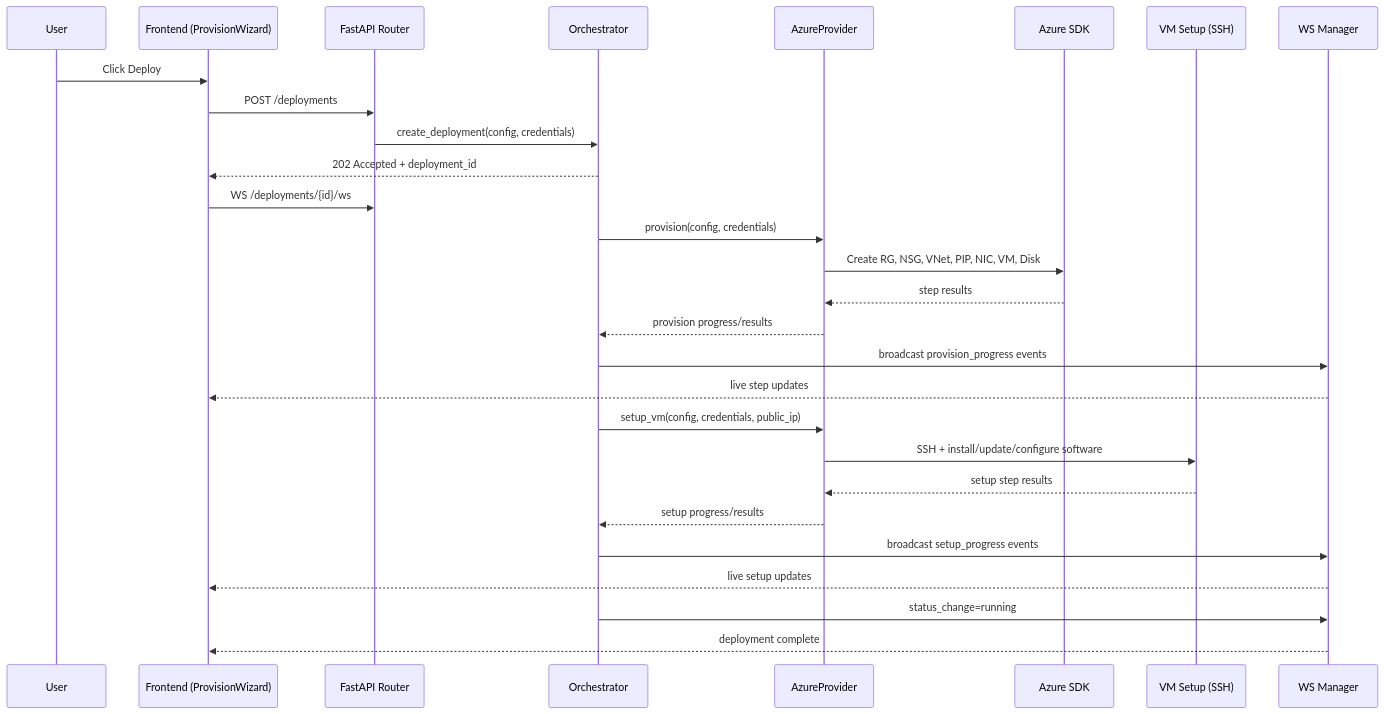
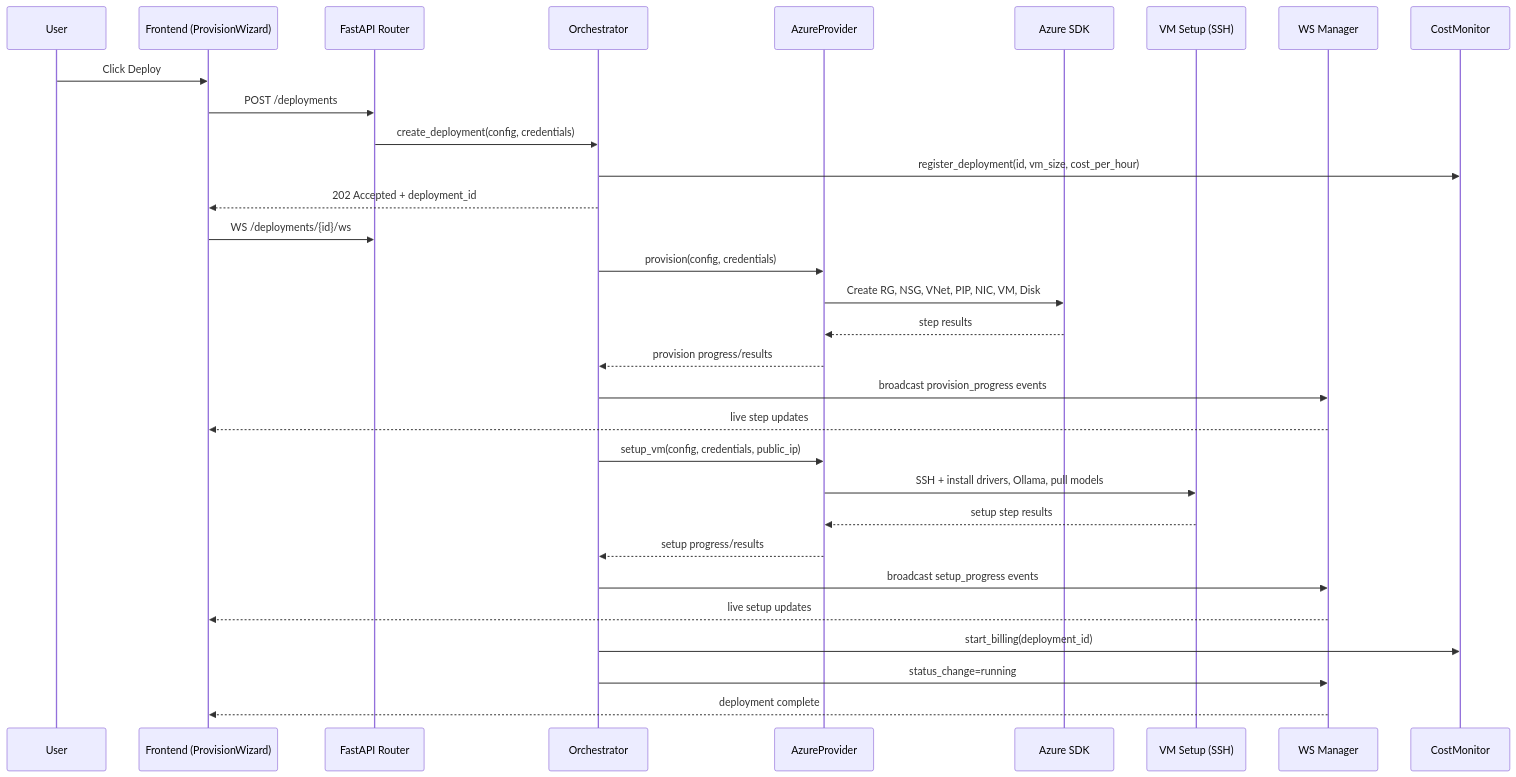
The second of 2 diagrams in technical_explainer.md (Private-AI/PrivateAI), drawn with Mermaid before and after one commit. The commit also changed other lines of this file and 1 other file, not shown here.

````diff
--- a/technical_explainer.md
+++ b/technical_explainer.md
@@ -121,34 +144,37 @@
 ```mermaid
 sequenceDiagram
     participant U as User
     participant F as Frontend (ProvisionWizard)
     participant R as FastAPI Router
     participant O as Orchestrator
     participant P as AzureProvider
     participant A as Azure SDK
     participant S as VM Setup (SSH)
     participant W as WS Manager
+    participant C as CostMonitor
 
     U->>F: Click Deploy
     F->>R: POST /deployments
     R->>O: create_deployment(config, credentials)
+    O->>C: register_deployment(id, vm_size, cost_per_hour)
     O-->>F: 202 Accepted + deployment_id
     F->>R: WS /deployments/{id}/ws
 
     O->>P: provision(config, credentials)
     P->>A: Create RG, NSG, VNet, PIP, NIC, VM, Disk
     A-->>P: step results
     P-->>O: provision progress/results
     O->>W: broadcast provision_progress events
     W-->>F: live step updates
 
     O->>P: setup_vm(config, credentials, public_ip)
-    P->>S: SSH + install/update/configure software
+    P->>S: SSH + install drivers, Ollama, pull models
     S-->>P: setup step results
     P-->>O: setup progress/results
     O->>W: broadcast setup_progress events
     W-->>F: live setup updates
 
+    O->>C: start_billing(deployment_id)
     O->>W: status_change=running
     W-->>F: deployment complete
 ```
````
